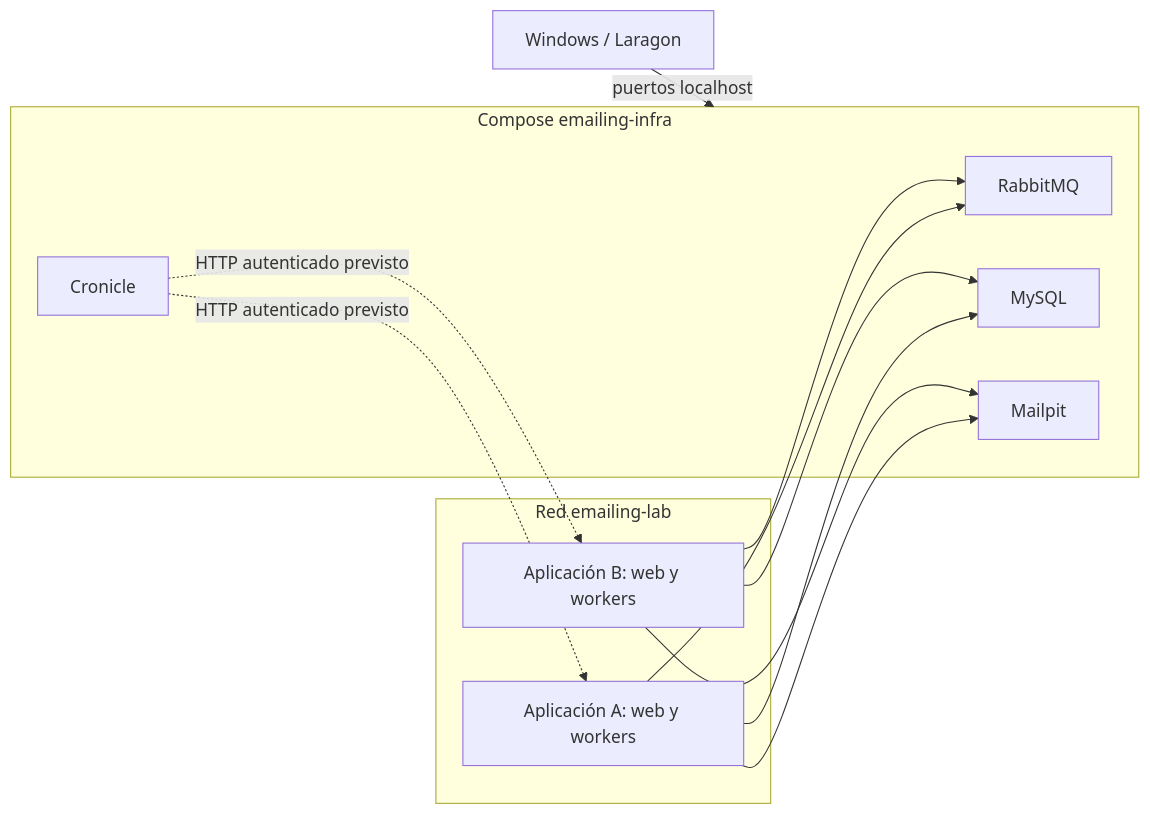
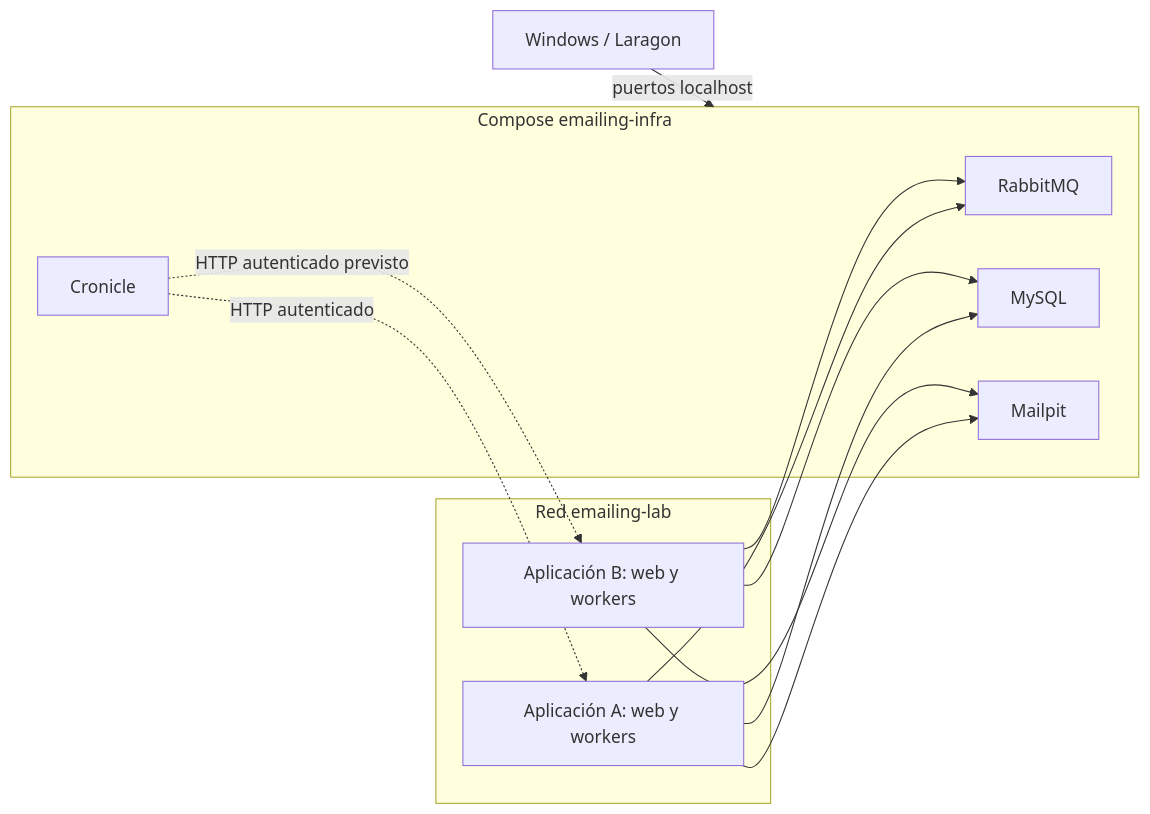
One commit to daycry/emailing changed the diagram in docs/infraestructura/arquitectura.md. Above: the diagram before and after it, drawn with Mermaid. The commit also changed other lines of this file and 43 other files, not shown here.

Commit message:
docs: deliver complete user manual with fresh installation and Mermaid PDF

````diff
--- a/docs/infraestructura/arquitectura.md
+++ b/docs/infraestructura/arquitectura.md
@@ -9,22 +9,22 @@
 ```mermaid
 flowchart LR
     H[Windows / Laragon] -->|puertos localhost| I
     subgraph I[Compose emailing-infra]
         R[RabbitMQ]
         C[Cronicle]
         M[MySQL]
         P[Mailpit]
     end
     subgraph N[Red emailing-lab]
         A[Aplicación A: web y workers]
         B[Aplicación B: web y workers]
     end
     A --> R
     B --> R
     A --> M
     B --> M
-    C -. HTTP autenticado previsto .-> A
+    C -. HTTP autenticado .-> A
     C -. HTTP autenticado previsto .-> B
     A --> P
     B --> P
 ```
````
